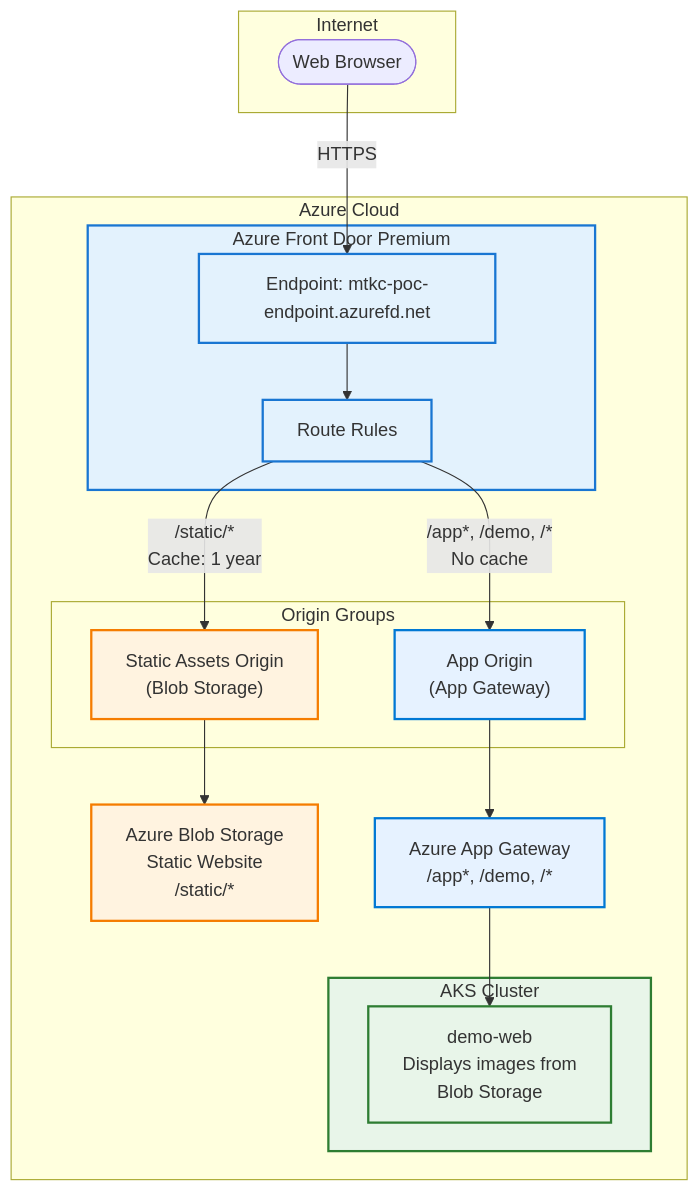
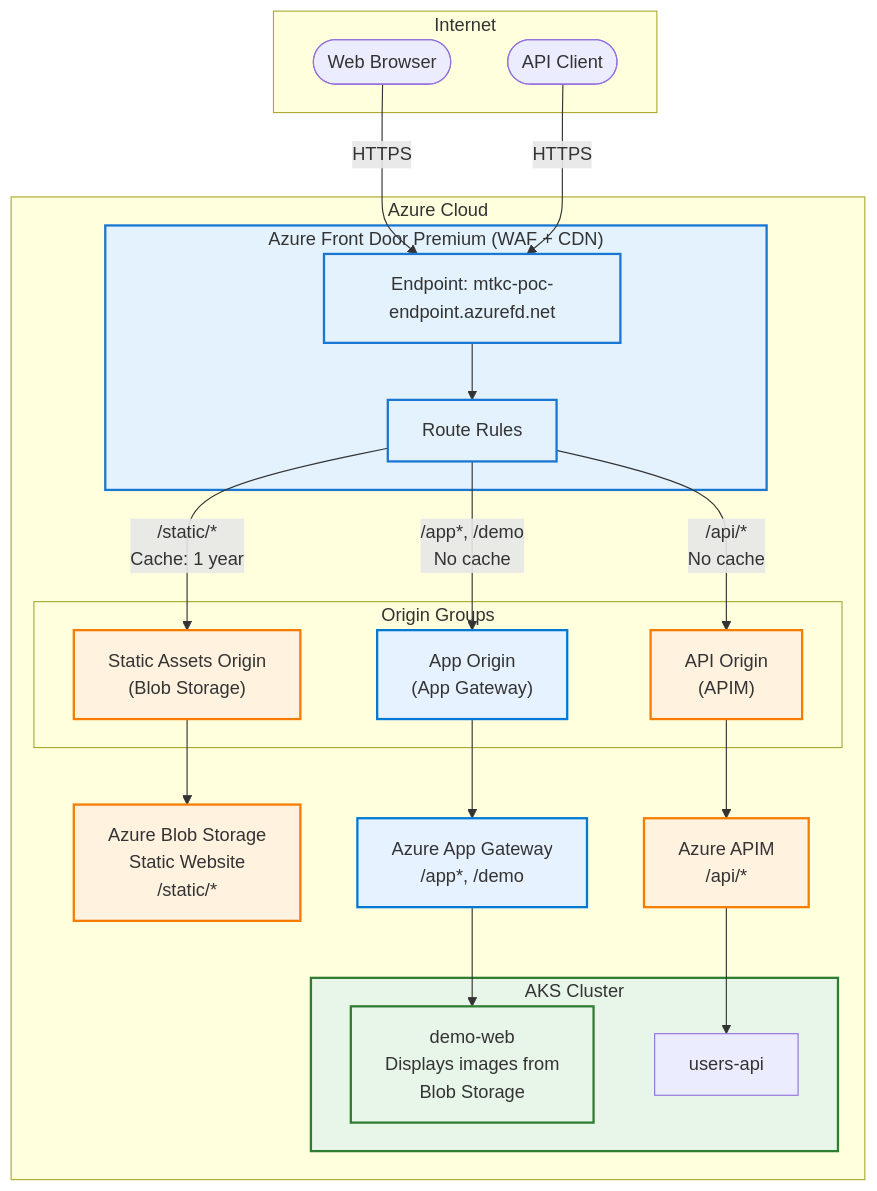
Before and after one commit to shanaka-versent/AKS-Istio-GatewayAPI-Demo: the ninth of 10 diagrams in README.md, drawn with Mermaid. The commit also changed other lines of this file, not shown here.

First line of the commit message:
Update all architecture diagrams to show traffic via Front Door

````diff
--- a/README.md
+++ b/README.md
@@ -1065,43 +1074,53 @@
 ```mermaid
 flowchart TB
     subgraph Internet["Internet"]
         Browser(["Web Browser"])
+        APIClient(["API Client"])
     end
 
     subgraph Azure["Azure Cloud"]
-        subgraph FrontDoor["Azure Front Door Premium"]
+        subgraph FrontDoor["Azure Front Door Premium (WAF + CDN)"]
             FD_EP["Endpoint: mtkc-poc-endpoint.azurefd.net"]
             FD_Rules["Route Rules"]
         end
 
         subgraph Origins["Origin Groups"]
             StaticOrigin["Static Assets Origin<br/>(Blob Storage)"]
             AppOrigin["App Origin<br/>(App Gateway)"]
+            APIOrigin["API Origin<br/>(APIM)"]
         end
 
         Blob["Azure Blob Storage<br/>Static Website<br/>/static/*"]
-        AppGW["Azure App Gateway<br/>/app*, /demo, /*"]
+        AppGW["Azure App Gateway<br/>/app*, /demo"]
+        APIM["Azure APIM<br/>/api/*"]
 
         subgraph AKS["AKS Cluster"]
             DemoWeb["demo-web<br/>Displays images from<br/>Blob Storage"]
+            UsersAPI["users-api"]
         end
     end
 
     Browser -->|"HTTPS"| FD_EP
+    APIClient -->|"HTTPS"| FD_EP
     FD_EP --> FD_Rules
     FD_Rules -->|"/static/*<br/>Cache: 1 year"| StaticOrigin
-    FD_Rules -->|"/app*, /demo, /*<br/>No cache"| AppOrigin
+    FD_Rules -->|"/app*, /demo<br/>No cache"| AppOrigin
+    FD_Rules -->|"/api/*<br/>No cache"| APIOrigin
     StaticOrigin --> Blob
     AppOrigin --> AppGW
+    APIOrigin --> APIM
     AppGW --> DemoWeb
+    APIM --> UsersAPI
 
     classDef fd fill:#e3f2fd,stroke:#1976d2,stroke-width:2px
     classDef storage fill:#fff3e0,stroke:#f57c00,stroke-width:2px
     classDef appgw fill:#e6f2ff,stroke:#0078d4,stroke-width:2px
+    classDef apim fill:#fff3e0,stroke:#f57c00,stroke-width:2px
     classDef aks fill:#e8f5e9,stroke:#2e7d32,stroke-width:2px
 
     class FrontDoor,FD_EP,FD_Rules fd
     class Blob,StaticOrigin storage
     class AppGW,AppOrigin appgw
+    class APIM,APIOrigin apim
     class AKS,DemoWeb aks
 ```
````
